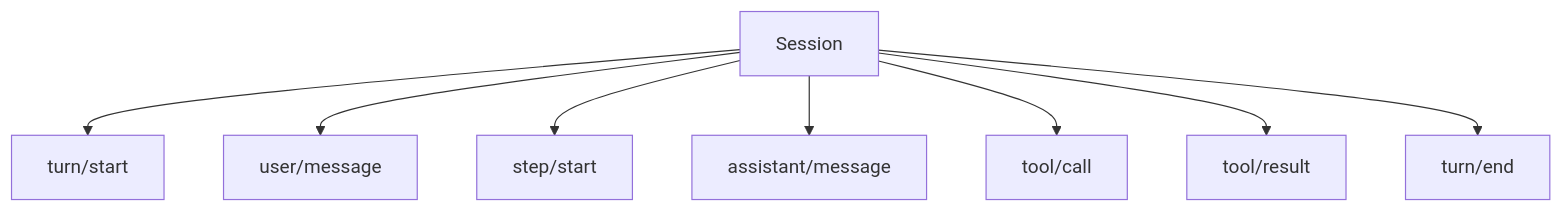
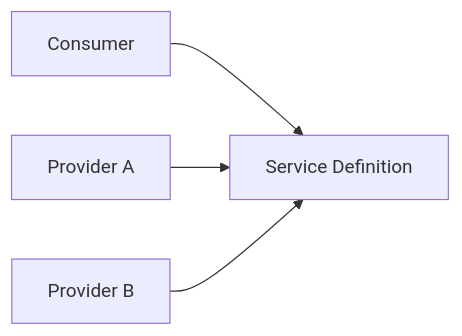
The third of 3 diagrams in docs/deepseek/overview.md (indigofeather/harness-book), drawn with Mermaid before and after one commit. The commit also changed other lines of this file and 48 other files, not shown here.

````diff
--- a/docs/deepseek/overview.md
+++ b/docs/deepseek/overview.md
@@ -96,11 +138,6 @@
 ```mermaid
-flowchart TB
-  S[Session]
-  S --> E1[turn/start]
-  S --> E2[user/message]
-  S --> E3[step/start]
-  S --> E4[assistant/message]
-  S --> E5[tool/call]
-  S --> E6[tool/result]
-  S --> E7[turn/end]
+flowchart LR
+  C[Consumer] --> S[Service Definition]
+  P1[Provider A] --> S
+  P2[Provider B] --> S
 ```
````
